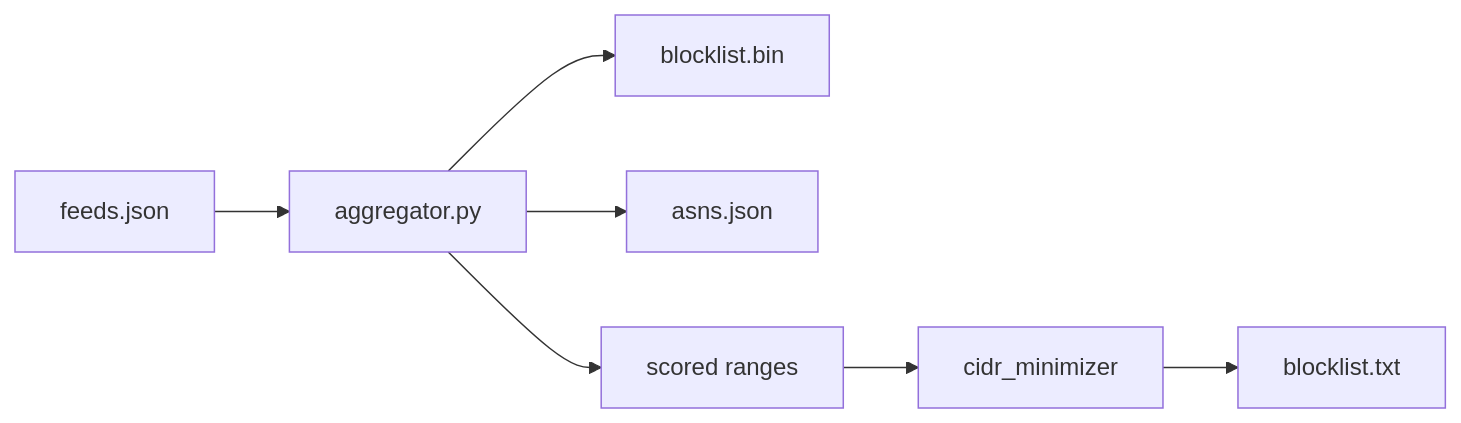
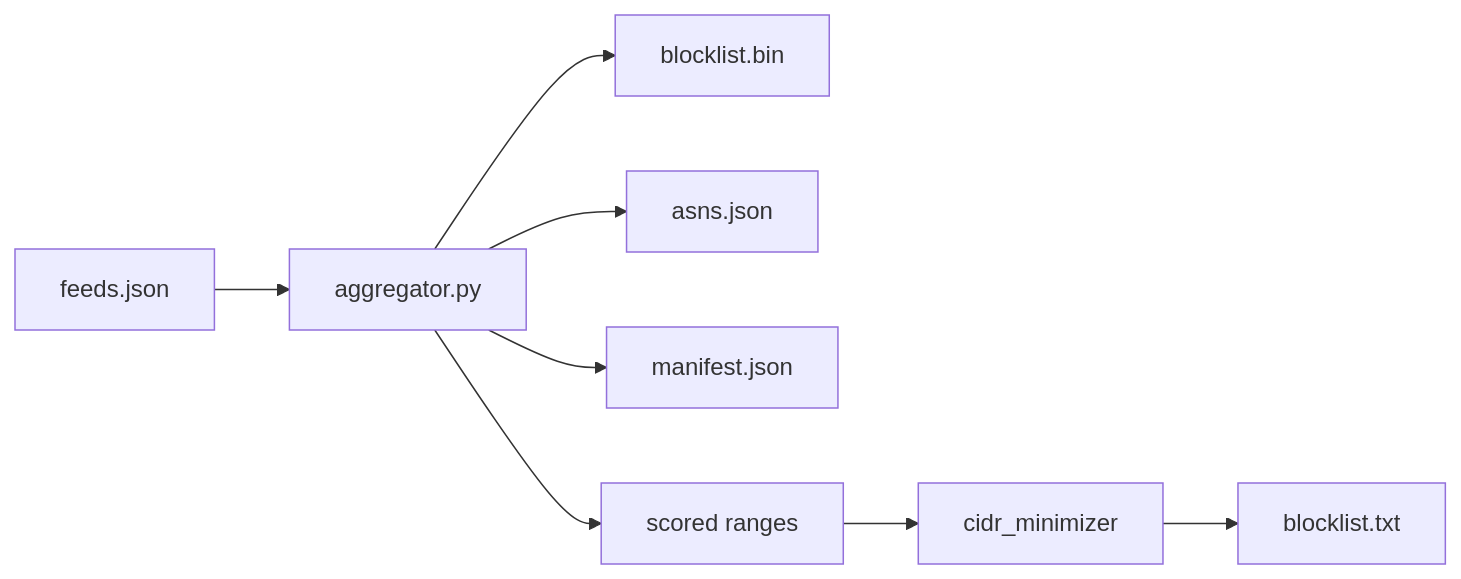
The first of 2 diagrams in README.md (silviucpp/IPBlocklist), drawn with Mermaid before and after one commit. The commit also changed other lines of this file, not shown here.

````diff
--- a/README.md
+++ b/README.md
@@ -66,9 +43,10 @@
 ```mermaid
 flowchart LR
     A[feeds.json] --> B[aggregator.py]
     B --> C[blocklist.bin]
     B --> D[asns.json]
+    B --> M[manifest.json]
     B --> E[scored ranges]
     E --> F[cidr_minimizer]
     F --> G[blocklist.txt]
 ```
````
